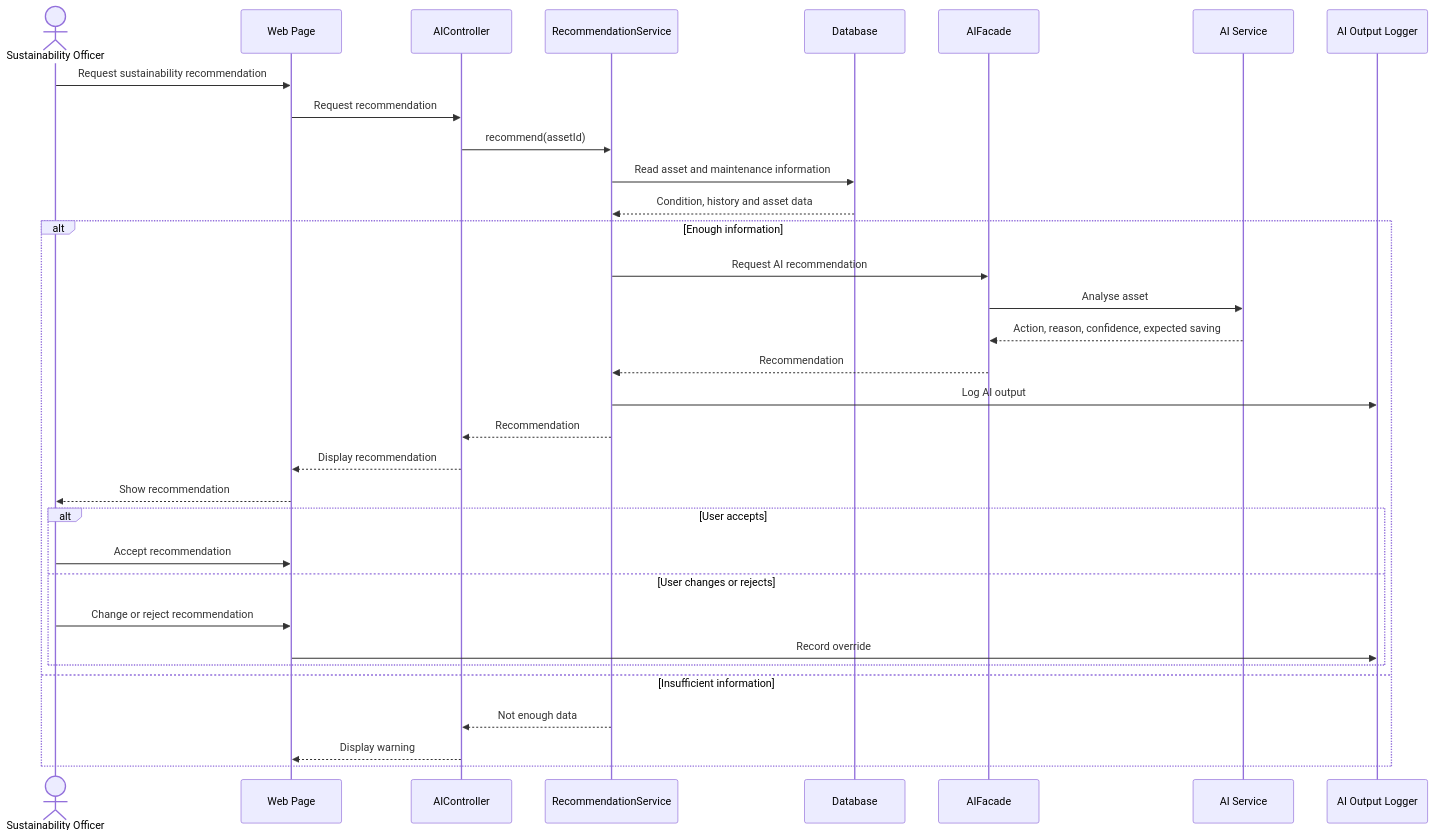
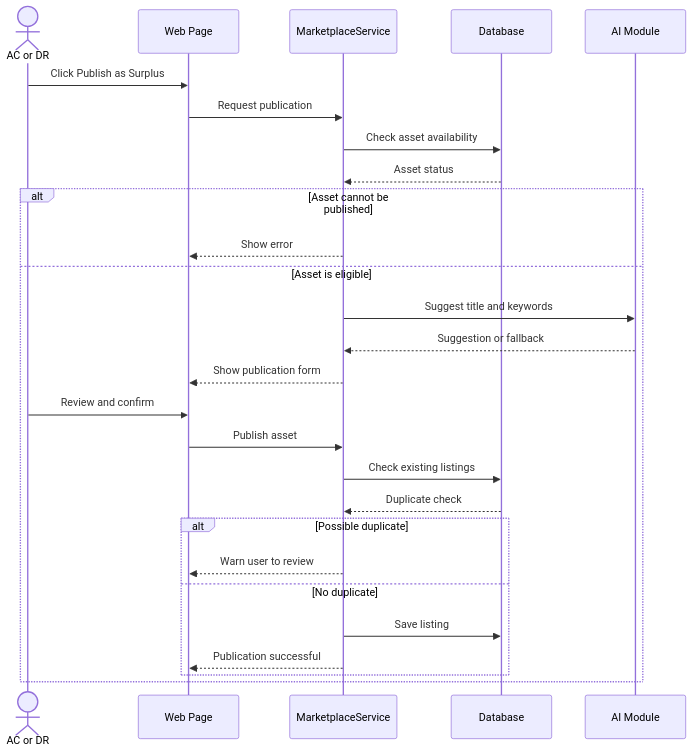
The third of 12 diagrams in phase 4-5/01_part1_assets_marketplace_requests.md (Abdulla66541/COSC336-GROUP5), drawn with Mermaid before and after one commit. The commit also changed other lines of this file, not shown here.

````diff
--- a/phase 4-5/01_part1_assets_marketplace_requests.md
+++ b/phase 4-5/01_part1_assets_marketplace_requests.md
@@ -151,39 +133,32 @@
 ```mermaid
 sequenceDiagram
-    actor SO as Sustainability Officer
+    actor U as AC or DR
     participant UI as Web Page
-    participant AIC as AIController
-    participant RS as RecommendationService
+    participant S as MarketplaceService
     participant DB as Database
-    participant AF as AIFacade
-    participant AI as AI Service
-    participant LOG as AI Output Logger
+    participant AI as AI Module
 
-    SO->>UI: Request sustainability recommendation
-    UI->>AIC: Request recommendation
-    AIC->>RS: recommend(assetId)
-    RS->>DB: Read asset and maintenance information
-    DB-->>RS: Condition, history and asset data
+    U->>UI: Click Publish as Surplus
+    UI->>S: Request publication
+    S->>DB: Check asset availability
+    DB-->>S: Asset status
 
-    alt Enough information
-        RS->>AF: Request AI recommendation
-        AF->>AI: Analyse asset
-        AI-->>AF: Action, reason, confidence, expected saving
-        AF-->>RS: Recommendation
-        RS->>LOG: Log AI output
-        RS-->>AIC: Recommendation
-        AIC-->>UI: Display recommendation
-        UI-->>SO: Show recommendation
+    alt Asset cannot be published
+        S-->>UI: Show error
+    else Asset is eligible
+        S->>AI: Suggest title and keywords
+        AI-->>S: Suggestion or fallback
+        S-->>UI: Show publication form
+        U->>UI: Review and confirm
+        UI->>S: Publish asset
+        S->>DB: Check existing listings
+        DB-->>S: Duplicate check
 
-        alt User accepts
-            SO->>UI: Accept recommendation
-        else User changes or rejects
-            SO->>UI: Change or reject recommendation
-            UI->>LOG: Record override
+        alt Possible duplicate
+            S-->>UI: Warn user to review
+        else No duplicate
+            S->>DB: Save listing
+            S-->>UI: Publication successful
         end
-
-    else Insufficient information
-        RS-->>AIC: Not enough data
-        AIC-->>UI: Display warning
     end
 ```
````
